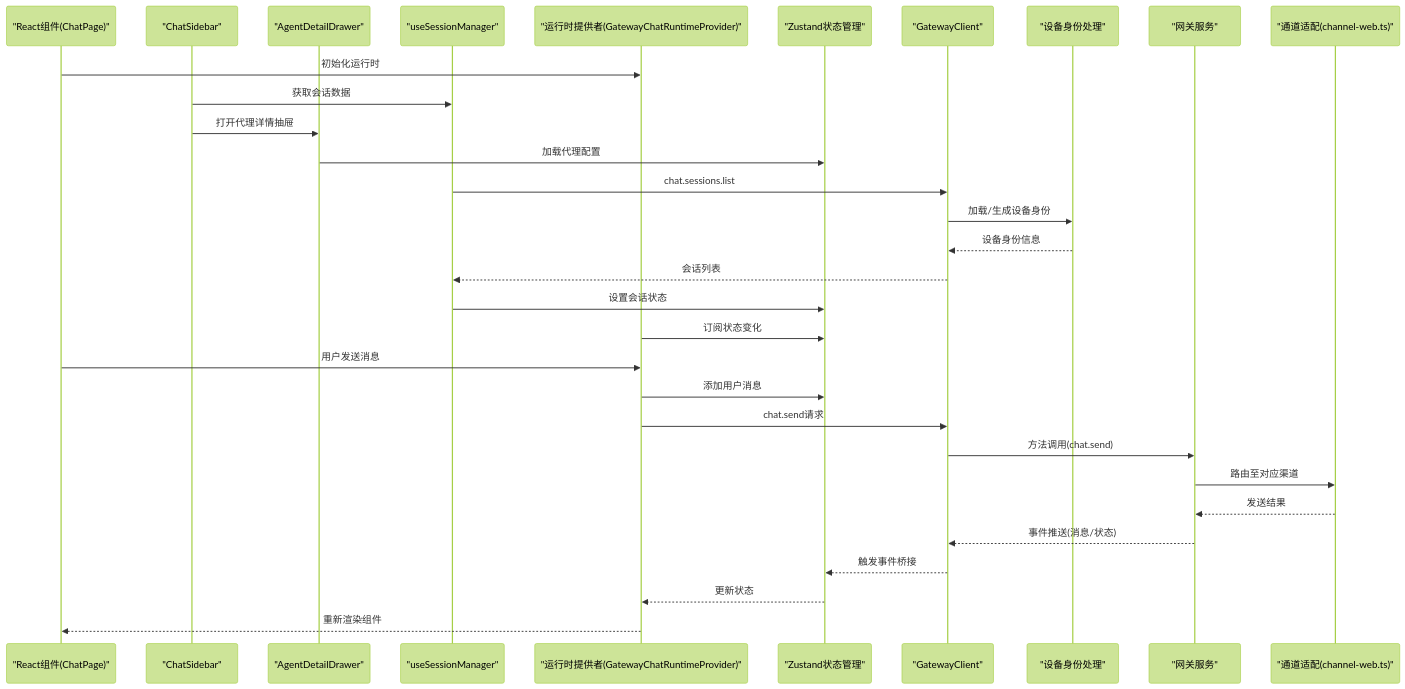
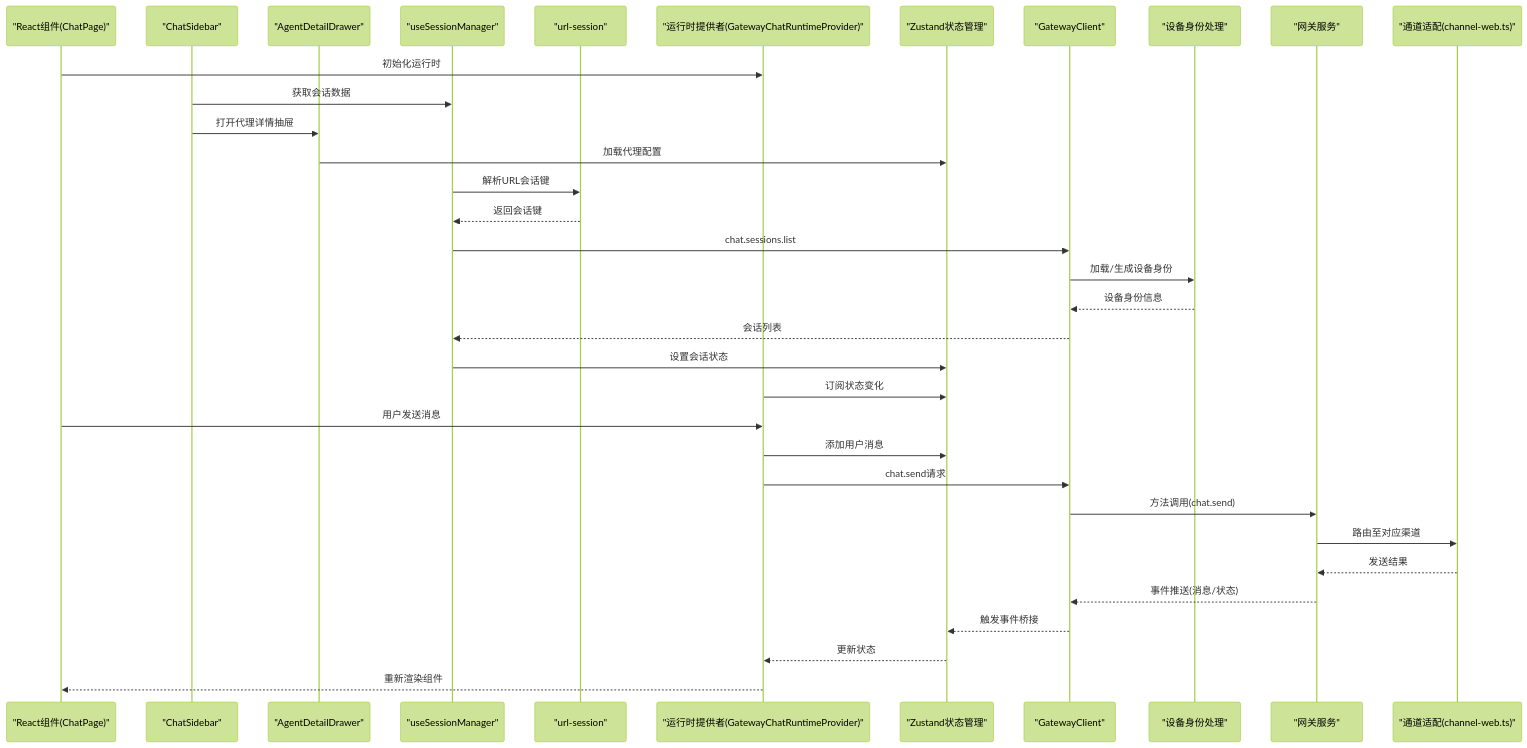
One commit to verse-ai-org/openclaw changed the second of 22 diagrams in .qoder/repowiki/zh/content/Web界面/WebChat界面/WebChat界面.md. Above: the diagram before and after it, drawn with Mermaid (forest theme). The commit also changed other lines of this file and 95 other files, not shown here.

````diff
--- a/.qoder/repowiki/zh/content/Web界面/WebChat界面/WebChat界面.md
+++ b/.qoder/repowiki/zh/content/Web界面/WebChat界面/WebChat界面.md
@@ -255,33 +267,36 @@
 ```mermaid
 sequenceDiagram
 participant UI as "React组件(ChatPage)"
 participant Sidebar as "ChatSidebar"
 participant AgentDetail as "AgentDetailDrawer"
 participant SessionManager as "useSessionManager"
+participant URLSession as "url-session"
 participant Runtime as "运行时提供者(GatewayChatRuntimeProvider)"
 participant Store as "Zustand状态管理"
 participant Client as "GatewayClient"
 participant DeviceIdentity as "设备身份处理"
 participant Gateway as "网关服务"
 participant Channel as "通道适配(channel-web.ts)"
 UI->>Runtime : 初始化运行时
 Sidebar->>SessionManager : 获取会话数据
 Sidebar->>AgentDetail : 打开代理详情抽屉
 AgentDetail->>Store : 加载代理配置
+SessionManager->>URLSession : 解析URL会话键
+URLSession-->>SessionManager : 返回会话键
 SessionManager->>Client : chat.sessions.list
 Client->>DeviceIdentity : 加载/生成设备身份
 DeviceIdentity-->>Client : 设备身份信息
 Client-->>SessionManager : 会话列表
 SessionManager->>Store : 设置会话状态
 Runtime->>Store : 订阅状态变化
 UI->>Runtime : 用户发送消息
 Runtime->>Store : 添加用户消息
 Runtime->>Client : chat.send请求
 Client->>Gateway : 方法调用(chat.send)
 Gateway->>Channel : 路由至对应渠道
 Channel-->>Gateway : 发送结果
 Gateway-->>Client : 事件推送(消息/状态)
 Client-->>Store : 触发事件桥接
 Store-->>Runtime : 更新状态
 Runtime-->>UI : 重新渲染组件
 ```
````
